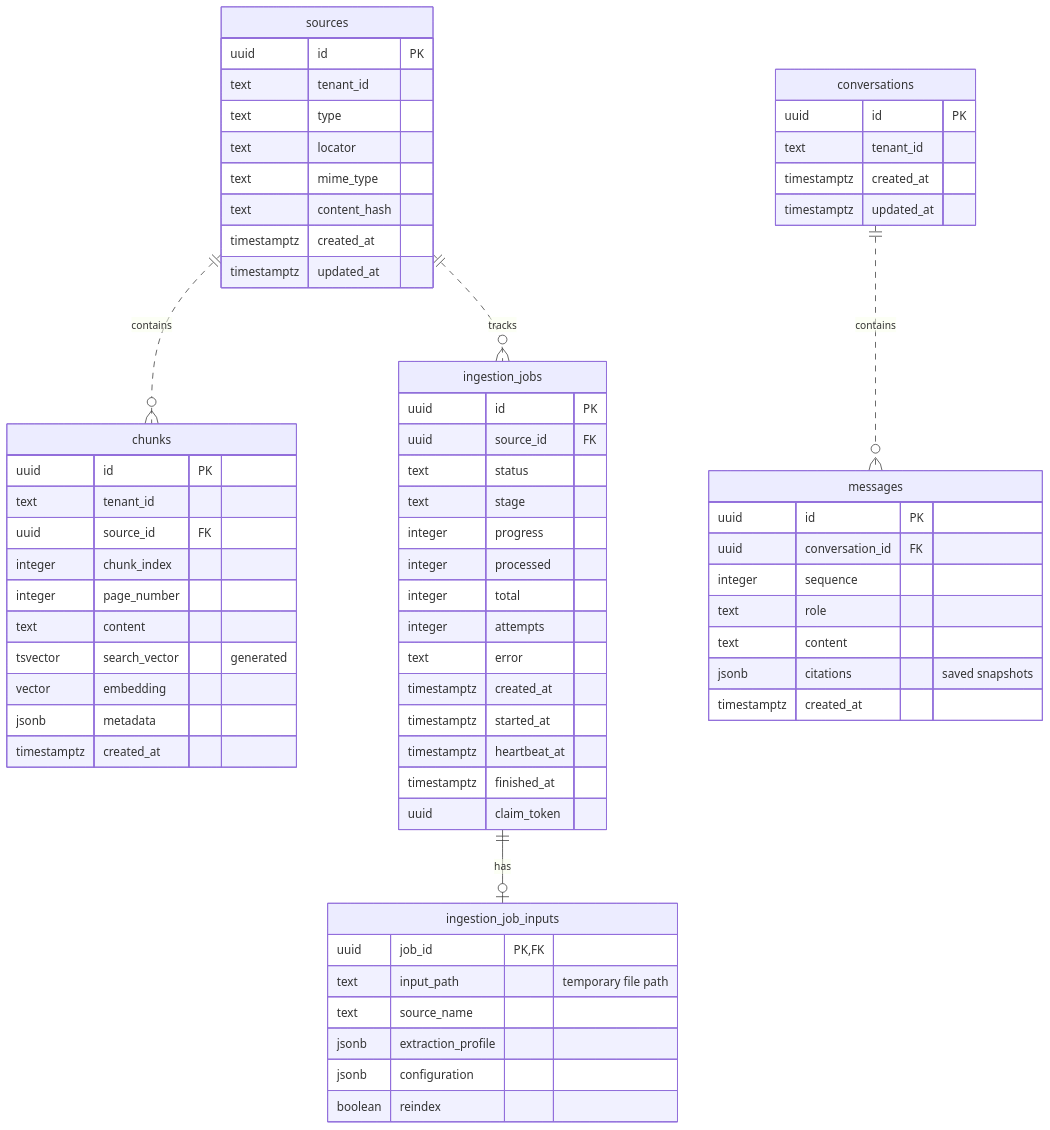
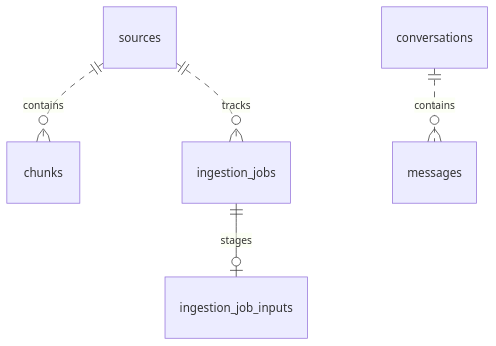
The second of 3 diagrams in docs/explanation/architecture.md (richard-costa/rag-mtst), drawn with Mermaid before and after one commit. The commit also changed other lines of this file and 6 other files, not shown here.

Commit message:
docs: deduplicate architecture and improve responsive Mermaid navigation

````diff
--- a/docs/explanation/architecture.md
+++ b/docs/explanation/architecture.md
@@ -78,75 +49,13 @@
 ```mermaid
 ---
 config:
-    er:
-        useMaxWidth: true
+  er:
+    useMaxWidth: true
 ---
 erDiagram
     direction TB
     sources ||..o{ chunks : contains
     sources ||..o{ ingestion_jobs : tracks
-    ingestion_jobs ||--o| ingestion_job_inputs : has
+    ingestion_jobs ||--o| ingestion_job_inputs : stages
     conversations ||..o{ messages : contains
-
-    sources {
-        uuid id PK
-        text tenant_id
-        text type
-        text locator
-        text mime_type
-        text content_hash
-        timestamptz created_at
-        timestamptz updated_at
-    }
-    chunks {
-        uuid id PK
-        text tenant_id
-        uuid source_id FK
-        integer chunk_index
-        integer page_number
-        text content
-        tsvector search_vector "generated"
-        vector embedding
-        jsonb metadata
-        timestamptz created_at
-    }
-    ingestion_jobs {
-        uuid id PK
-        uuid source_id FK
-        text status
-        text stage
-        integer progress
-        integer processed
-        integer total
-        integer attempts
-        text error
-        timestamptz created_at
-        timestamptz started_at
-        timestamptz heartbeat_at
-        timestamptz finished_at
-        uuid claim_token
-    }
-    ingestion_job_inputs {
-        uuid job_id PK, FK
-        text input_path "temporary file path"
-        text source_name
-        jsonb extraction_profile
-        jsonb configuration
-        boolean reindex
-    }
-    conversations {
-        uuid id PK
-        text tenant_id
-        timestamptz created_at
-        timestamptz updated_at
-    }
-    messages {
-        uuid id PK
-        uuid conversation_id FK
-        integer sequence
-        text role
-        text content
-        jsonb citations "saved snapshots"
-        timestamptz created_at
-    }
 ```
````
